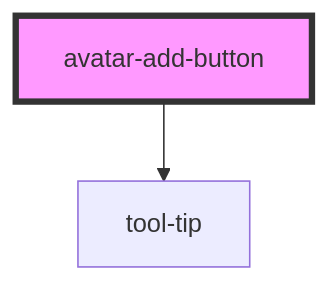
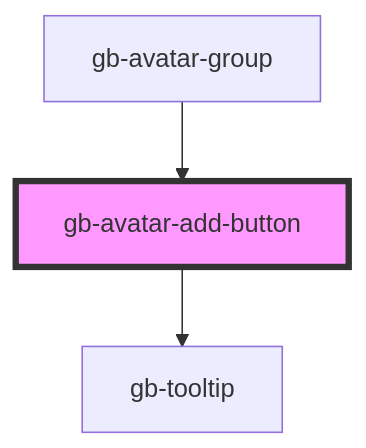
Before and after one commit to Emmanuel1858/globusComponent: the diagram in src/components/gb-avatar-add-button/readme.md, drawn with Mermaid. The commit also changed other lines of this file and 53 other files, not shown here.

````diff
--- a/src/components/gb-avatar-add-button/readme.md
+++ b/src/components/gb-avatar-add-button/readme.md
@@ -24,5 +28,6 @@
 ```mermaid
 graph TD;
-  avatar-add-button --> tool-tip
-  style avatar-add-button fill:#f9f,stroke:#333,stroke-width:4px
+  gb-avatar-add-button --> gb-tooltip
+  gb-avatar-group --> gb-avatar-add-button
+  style gb-avatar-add-button fill:#f9f,stroke:#333,stroke-width:4px
 ```
````
